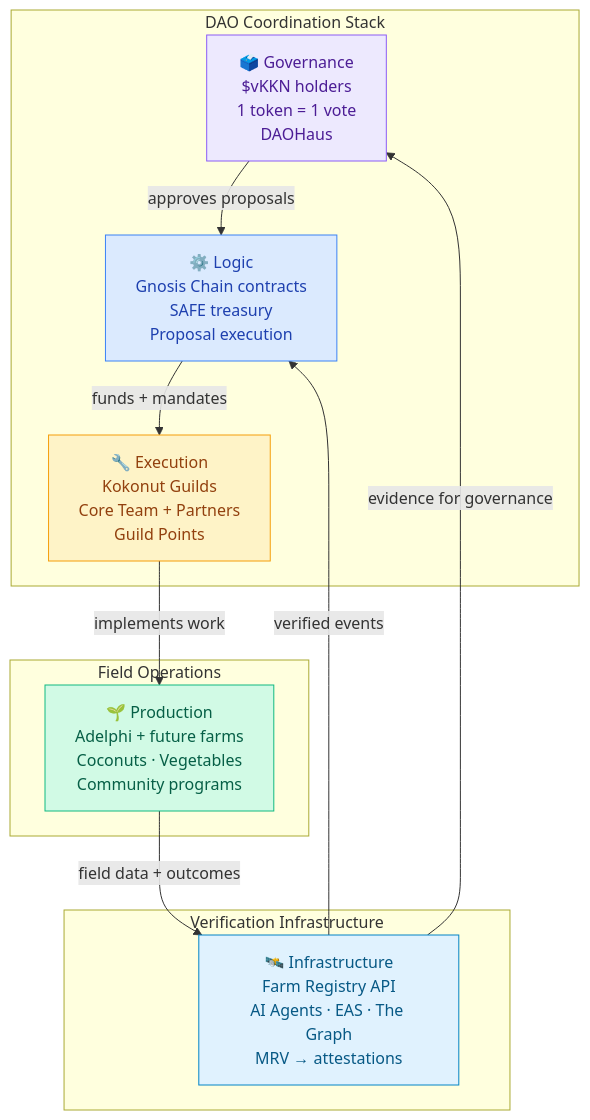
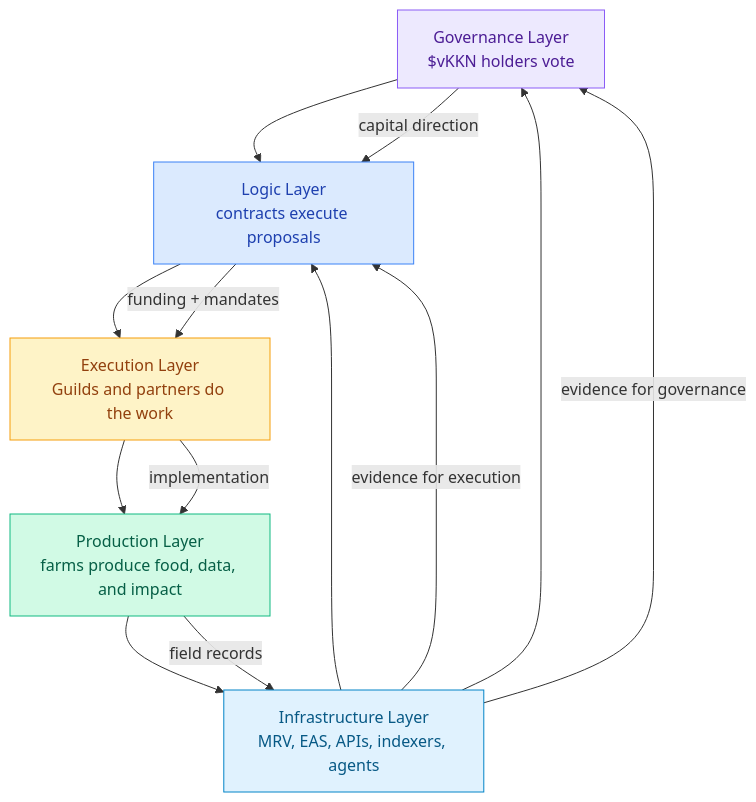
Before and after one commit to wasalo/Kokonut-Public-Site: the diagram in ecosystem-wiki/the-kokonut-dao/dao-layers.mdx, drawn with Mermaid. The commit also changed other lines of this file, not shown here.

````diff
--- a/ecosystem-wiki/the-kokonut-dao/dao-layers.mdx
+++ b/ecosystem-wiki/the-kokonut-dao/dao-layers.mdx
@@ -71,29 +124,22 @@
 ```mermaid
 flowchart TD
-    subgraph DAO["DAO Coordination Stack"]
-        G["🗳️ Governance\n$vKKN holders\n1 token = 1 vote\nDAOHaus"]
-        L["⚙️ Logic\nGnosis Chain contracts\nSAFE treasury\nProposal execution"]
-        E["🔧 Execution\nKokonut Guilds\nCore Team + Partners\nGuild Points"]
-    end
+    A["Governance Layer\n$vKKN holders vote"] --> B["Logic Layer\ncontracts execute proposals"]
+    B --> C["Execution Layer\nGuilds and partners do the work"]
+    C --> D["Production Layer\nfarms produce food, data, and impact"]
+    D --> E["Infrastructure Layer\nMRV, EAS, APIs, indexers, agents"]
+    E --> B
+    E --> A
 
-    subgraph Field["Field Operations"]
-        P["🌱 Production\nAdelphi + future farms\nCoconuts · Vegetables\nCommunity programs"]
-    end
+    A -->|"capital direction"| B
+    B -->|"funding + mandates"| C
+    C -->|"implementation"| D
+    D -->|"field records"| E
+    E -->|"evidence for execution"| B
+    E -->|"evidence for governance"| A
 
-    subgraph Data["Verification Infrastructure"]
-        I["🛰️ Infrastructure\nFarm Registry API\nAI Agents · EAS · The Graph\nMRV → attestations"]
-    end
-
-    G -->|"approves proposals"| L
-    L -->|"funds + mandates"| E
-    E -->|"implements work"| P
-    P -->|"field data + outcomes"| I
-    I -->|"verified events"| L
-    I -->|"evidence for governance"| G
-
-    style G fill:#ede9fe,stroke:#8b5cf6,color:#4c1d95
-    style L fill:#dbeafe,stroke:#3b82f6,color:#1e40af
-    style E fill:#fef3c7,stroke:#f59e0b,color:#92400e
-    style P fill:#d1fae5,stroke:#10b981,color:#065f46
-    style I fill:#e0f2fe,stroke:#0284c7,color:#075985
+    style A fill:#ede9fe,stroke:#8b5cf6,color:#4c1d95
+    style B fill:#dbeafe,stroke:#3b82f6,color:#1e40af
+    style C fill:#fef3c7,stroke:#f59e0b,color:#92400e
+    style D fill:#d1fae5,stroke:#10b981,color:#065f46
+    style E fill:#e0f2fe,stroke:#0284c7,color:#075985
 ```
````
